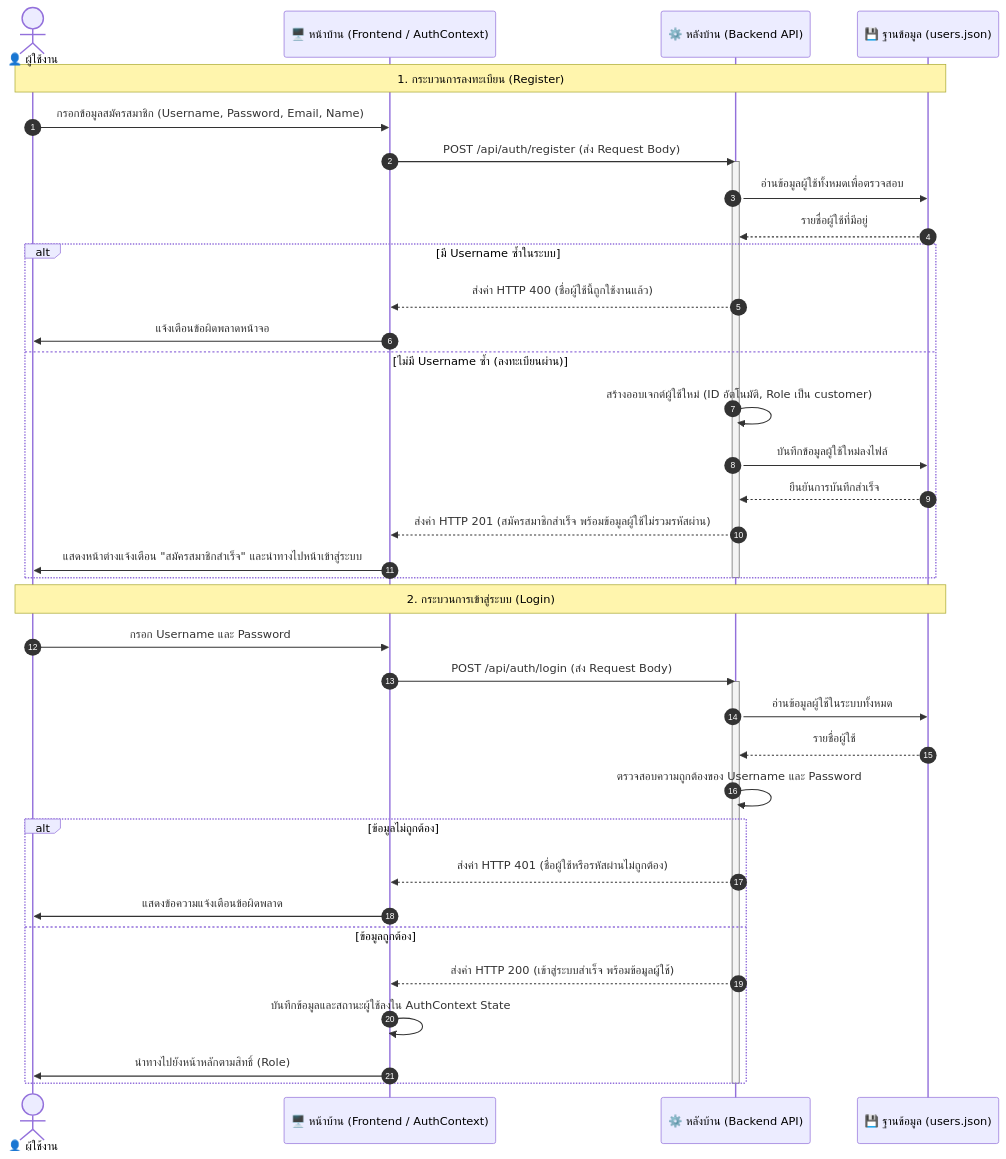
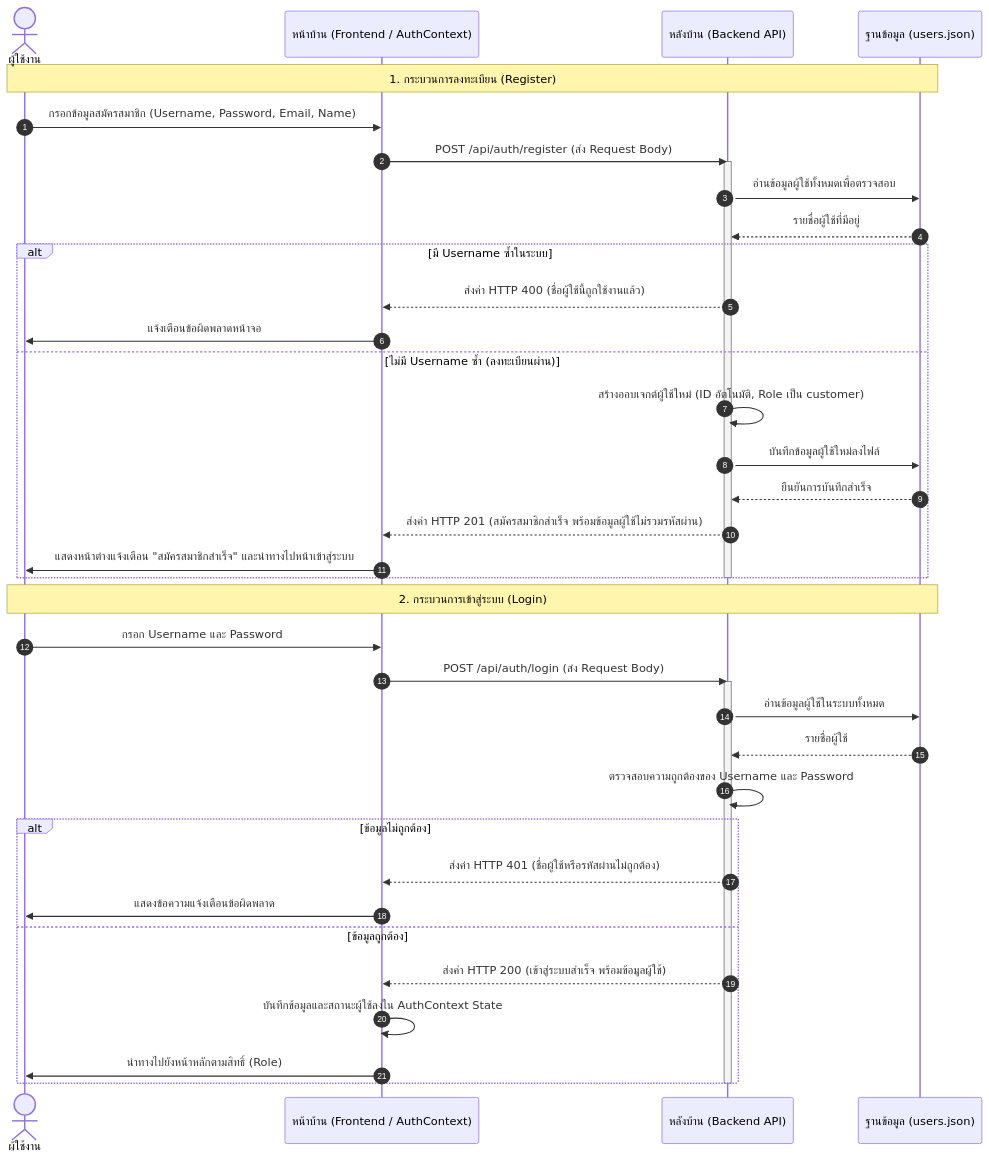
One commit to neoaway2909/fitpung changed the third of 8 diagrams in system_design.md. Above: the diagram before and after it, drawn with Mermaid. The commit also changed other lines of this file, not shown here.

````diff
--- a/system_design.md
+++ b/system_design.md
@@ -256,43 +257,43 @@
 ```mermaid
 sequenceDiagram
   autonumber
-  actor User as 👤 ผู้ใช้งาน
-  participant FE as 🖥️ หน้าบ้าน (Frontend / AuthContext)
-  participant BE as ⚙️ หลังบ้าน (Backend API)
-  participant DB as 💾 ฐานข้อมูล (users.json)
+  actor User as ผู้ใช้งาน
+  participant FE as หน้าบ้าน (Frontend / AuthContext)
+  participant BE as หลังบ้าน (Backend API)
+  participant DB as ฐานข้อมูล (users.json)
 
   Note over User, DB: 1. กระบวนการลงทะเบียน (Register)
   User->>FE: กรอกข้อมูลสมัครสมาชิก (Username, Password, Email, Name)
   FE->>BE: POST /api/auth/register (ส่ง Request Body)
   activate BE
   BE->>DB: อ่านข้อมูลผู้ใช้ทั้งหมดเพื่อตรวจสอบ
   DB-->>BE: รายชื่อผู้ใช้ที่มีอยู่
   alt มี Username ซ้ำในระบบ
     BE-->>FE: ส่งค่า HTTP 400 (ชื่อผู้ใช้นี้ถูกใช้งานแล้ว)
     FE->>User: แจ้งเตือนข้อผิดพลาดหน้าจอ
   else ไม่มี Username ซ้ำ (ลงทะเบียนผ่าน)
     BE->>BE: สร้างออบเจกต์ผู้ใช้ใหม่ (ID อัตโนมัติ, Role เป็น customer)
     BE->>DB: บันทึกข้อมูลผู้ใช้ใหม่ลงไฟล์
     DB-->>BE: ยืนยันการบันทึกสำเร็จ
     BE-->>FE: ส่งค่า HTTP 201 (สมัครสมาชิกสำเร็จ พร้อมข้อมูลผู้ใช้ไม่รวมรหัสผ่าน)
     FE->>User: แสดงหน้าต่างแจ้งเตือน "สมัครสมาชิกสำเร็จ" และนำทางไปหน้าเข้าสู่ระบบ
   end
   deactivate BE
 
   Note over User, DB: 2. กระบวนการเข้าสู่ระบบ (Login)
   User->>FE: กรอก Username และ Password
   FE->>BE: POST /api/auth/login (ส่ง Request Body)
   activate BE
   BE->>DB: อ่านข้อมูลผู้ใช้ในระบบทั้งหมด
   DB-->>BE: รายชื่อผู้ใช้
   BE->>BE: ตรวจสอบความถูกต้องของ Username และ Password
   alt ข้อมูลไม่ถูกต้อง
     BE-->>FE: ส่งค่า HTTP 401 (ชื่อผู้ใช้หรือรหัสผ่านไม่ถูกต้อง)
     FE->>User: แสดงข้อความแจ้งเตือนข้อผิดพลาด
   else ข้อมูลถูกต้อง
     BE-->>FE: ส่งค่า HTTP 200 (เข้าสู่ระบบสำเร็จ พร้อมข้อมูลผู้ใช้)
     FE->>FE: บันทึกข้อมูลและสถานะผู้ใช้ลงใน AuthContext State
     FE->>User: นำทางไปยังหน้าหลักตามสิทธิ์ (Role)
   end
   deactivate BE
 ```
````
